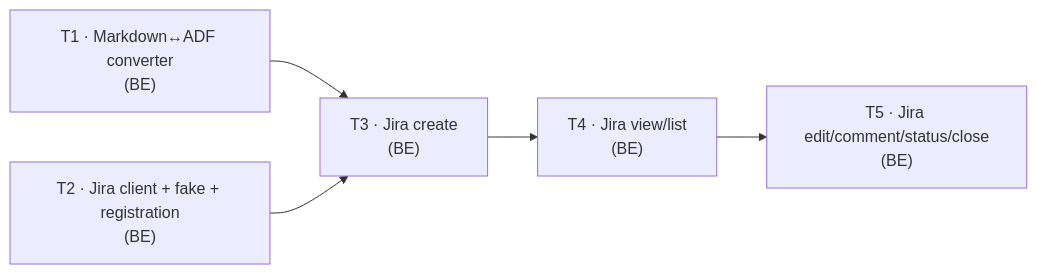
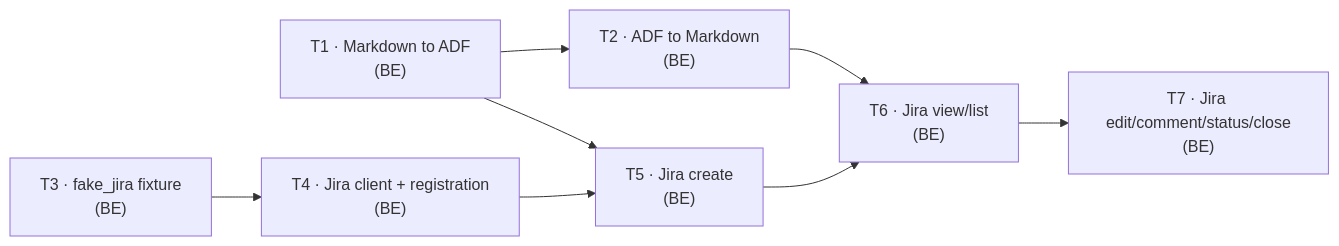
The sixth of 6 diagrams in plugins/edf/docs/design/v3/lld-v3-e3-2-jira-backend.md (mironyx/engineering-delivery-framework), drawn with Mermaid before and after one commit. The commit also changed other lines of this file, not shown here.

````diff
--- a/plugins/edf/docs/design/v3/lld-v3-e3-2-jira-backend.md
+++ b/plugins/edf/docs/design/v3/lld-v3-e3-2-jira-backend.md
@@ -956,7 +1012,10 @@
 ```mermaid
 graph LR
-  T1["T1 · Markdown↔ADF converter\n(BE)"] --> T3["T3 · Jira create\n(BE)"]
-  T2["T2 · Jira client + fake + registration\n(BE)"] --> T3
-  T3 --> T4["T4 · Jira view/list\n(BE)"]
-  T4 --> T5["T5 · Jira edit/comment/status/close\n(BE)"]
+  T1["T1 · Markdown to ADF\n(BE)"] --> T2["T2 · ADF to Markdown\n(BE)"]
+  T1 --> T5["T5 · Jira create\n(BE)"]
+  T3["T3 · fake_jira fixture\n(BE)"] --> T4["T4 · Jira client + registration\n(BE)"]
+  T4 --> T5
+  T2 --> T6["T6 · Jira view/list\n(BE)"]
+  T5 --> T6
+  T6 --> T7["T7 · Jira edit/comment/status/close\n(BE)"]
 ```
````
